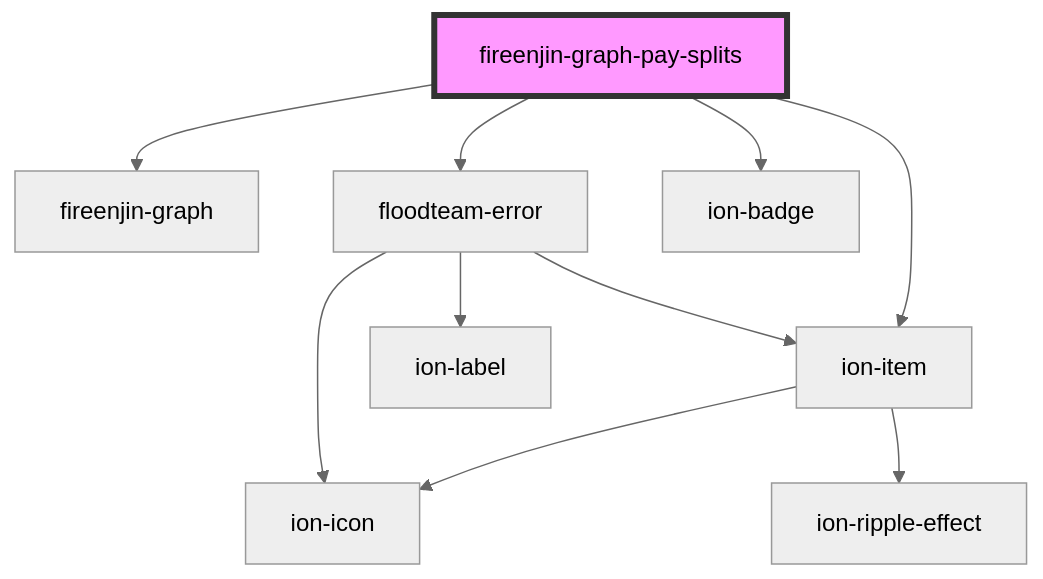
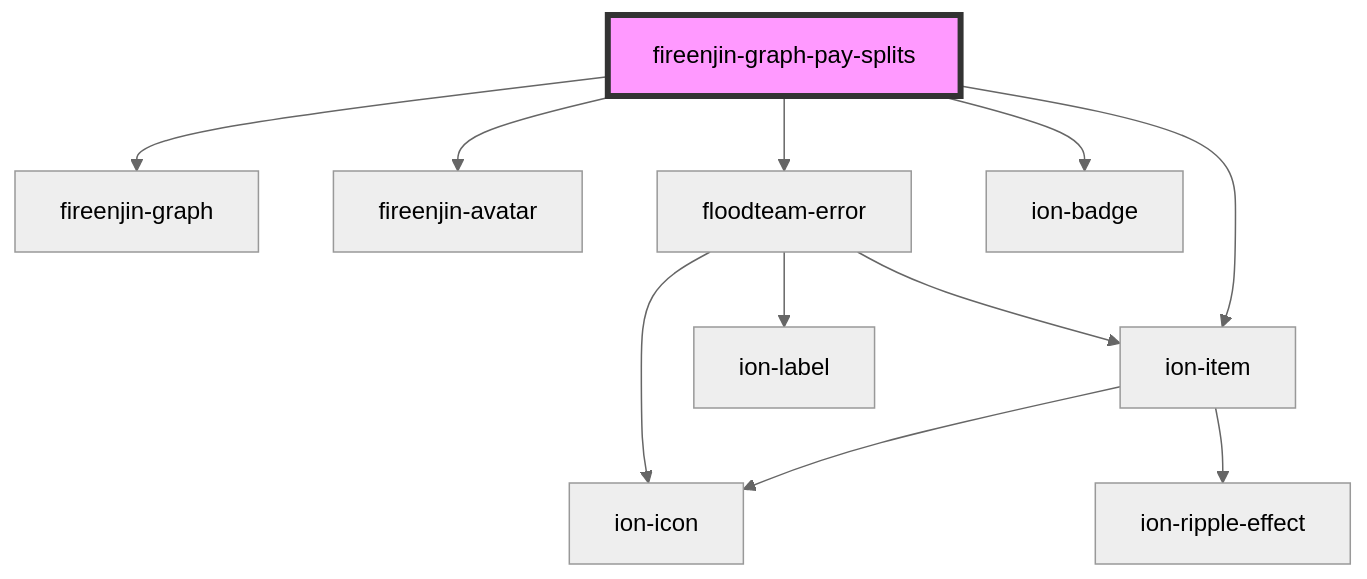
One commit to FloodTeam/components changed the diagram in src/components/graph-pay-splits/readme.md. Above: the diagram before and after it, drawn with Mermaid (neutral theme). The commit also changed other lines of this file and 2 other files, not shown here.

Commit message:
fix(signature-pad): Tweak styles for proper sizing on mobille

````diff
--- a/src/components/graph-pay-splits/readme.md
+++ b/src/components/graph-pay-splits/readme.md
@@ -39,13 +40,14 @@
 ```mermaid
 graph TD;
   fireenjin-graph-pay-splits --> fireenjin-graph
   fireenjin-graph-pay-splits --> ion-item
+  fireenjin-graph-pay-splits --> fireenjin-avatar
   fireenjin-graph-pay-splits --> floodteam-error
   fireenjin-graph-pay-splits --> ion-badge
   ion-item --> ion-icon
   ion-item --> ion-ripple-effect
   floodteam-error --> ion-item
   floodteam-error --> ion-icon
   floodteam-error --> ion-label
   style fireenjin-graph-pay-splits fill:#f9f,stroke:#333,stroke-width:4px
 ```
````
